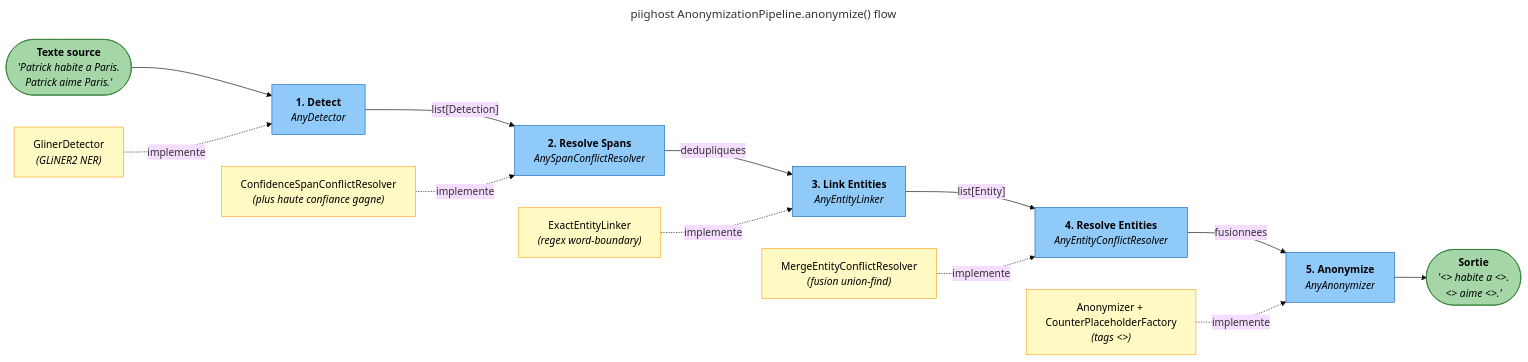
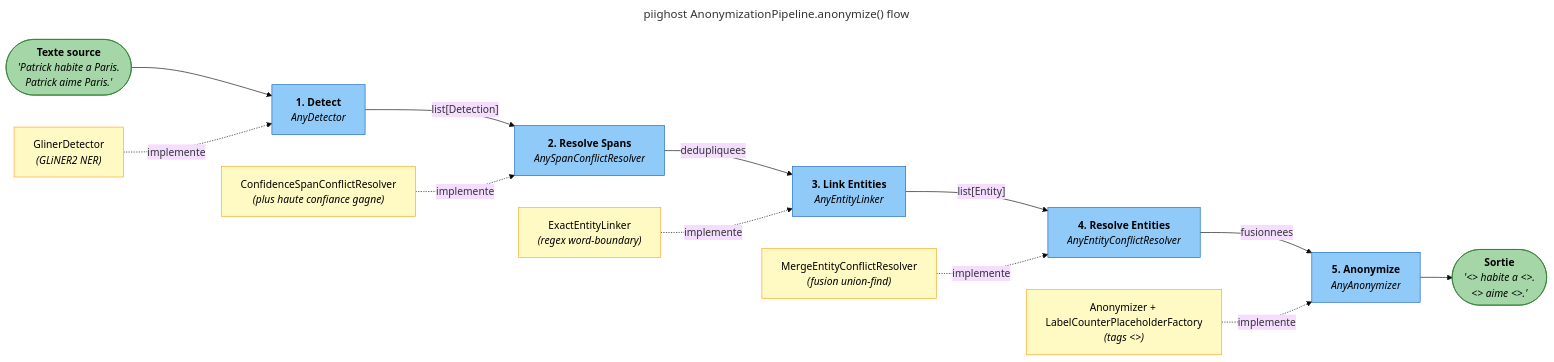
One commit to Athroniaeth/piighost changed the second of 4 diagrams in docs/fr/architecture.md. Above: the diagram before and after it, drawn with Mermaid (base theme). The commit also changed other lines of this file and 66 other files, not shown here.

First line of the commit message:
feat(placeholder)!: add Counter variants, restructure naming as Style+Mechanism

````diff
--- a/docs/fr/architecture.md
+++ b/docs/fr/architecture.md
@@ -89,52 +89,52 @@
 ```mermaid
 ---
 title: "piighost AnonymizationPipeline.anonymize() flow"
 ---
 flowchart LR
     classDef stage fill:#90CAF9,stroke:#1565C0,color:#000
     classDef protocol fill:#FFF9C4,stroke:#F9A825,color:#000
     classDef data fill:#A5D6A7,stroke:#2E7D32,color:#000
 
     INPUT(["`**Texte source**
     _'Patrick habite a Paris.
     Patrick aime Paris.'_`"]):::data
 
     DETECT["`**1. Detect**
     _AnyDetector_`"]:::stage
     RESOLVE_SPANS["`**2. Resolve Spans**
     _AnySpanConflictResolver_`"]:::stage
     LINK["`**3. Link Entities**
     _AnyEntityLinker_`"]:::stage
     RESOLVE_ENTITIES["`**4. Resolve Entities**
     _AnyEntityConflictResolver_`"]:::stage
     ANONYMIZE["`**5. Anonymize**
     _AnyAnonymizer_`"]:::stage
 
     OUTPUT(["`**Sortie**
-    _'<<PERSON_1>> habite a <<LOCATION_1>>.
-    <<PERSON_1>> aime <<LOCATION_1>>.'_`"]):::data
+    _'<<PERSON:1>> habite a <<LOCATION:1>>.
+    <<PERSON:1>> aime <<LOCATION:1>>.'_`"]):::data
 
     INPUT --> DETECT
     DETECT -- "list[Detection]" --> RESOLVE_SPANS
     RESOLVE_SPANS -- "dedupliquees" --> LINK
     LINK -- "list[Entity]" --> RESOLVE_ENTITIES
     RESOLVE_ENTITIES -- "fusionnees" --> ANONYMIZE
     ANONYMIZE --> OUTPUT
 
     P_DETECT["`GlinerDetector
     _(GLiNER2 NER)_`"]:::protocol
     P_RESOLVE_SPANS["`ConfidenceSpanConflictResolver
     _(plus haute confiance gagne)_`"]:::protocol
     P_LINK["`ExactEntityLinker
     _(regex word-boundary)_`"]:::protocol
     P_RESOLVE_ENTITIES["`MergeEntityConflictResolver
     _(fusion union-find)_`"]:::protocol
-    P_ANONYMIZE["`Anonymizer + CounterPlaceholderFactory
-    _(tags <<LABEL_N>>)_`"]:::protocol
+    P_ANONYMIZE["`Anonymizer + LabelCounterPlaceholderFactory
+    _(tags <<LABEL:N>>)_`"]:::protocol
 
     P_DETECT -. "implemente" .-> DETECT
     P_RESOLVE_SPANS -. "implemente" .-> RESOLVE_SPANS
     P_LINK -. "implemente" .-> LINK
     P_RESOLVE_ENTITIES -. "implemente" .-> RESOLVE_ENTITIES
     P_ANONYMIZE -. "implemente" .-> ANONYMIZE
 ```
````
